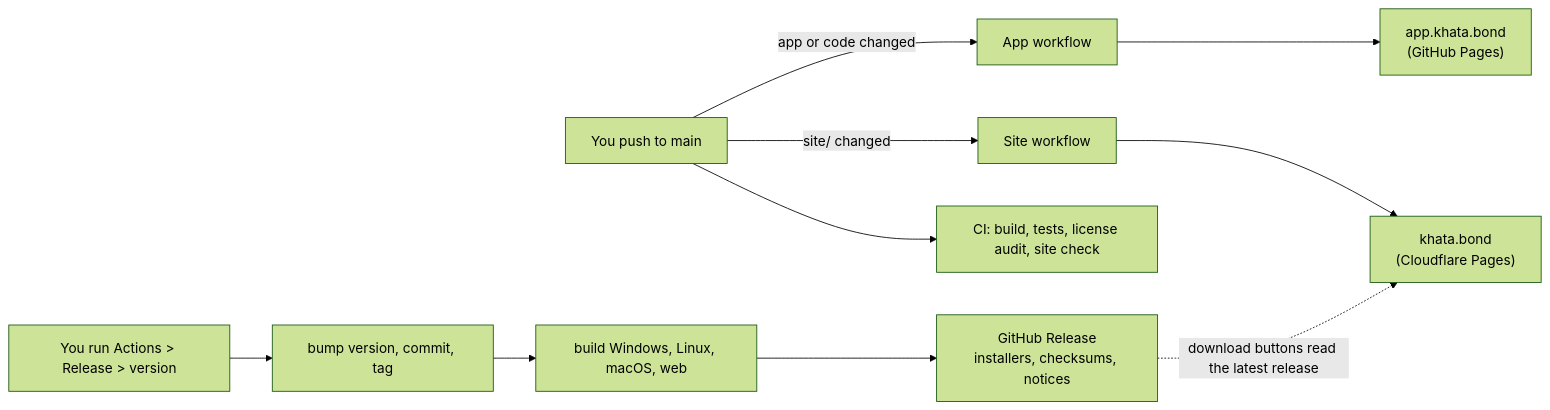
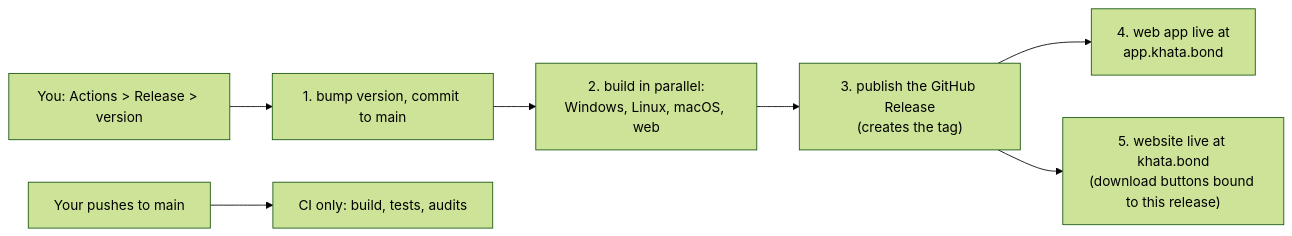
One commit to nhprince/khata changed the diagram in docs/maintenance.md. Above: the diagram before and after it, drawn with Mermaid (forest theme). The commit also changed other lines of this file and 12 other files, not shown here.

````diff
--- a/docs/maintenance.md
+++ b/docs/maintenance.md
@@ -5,9 +6,9 @@
 ```mermaid
 flowchart LR
-  push["You push to main"] --> ci["CI: build, tests, license audit, site check"]
-  push -->|"site/ changed"| landing["Site workflow"] --> cf["khata.bond<br/>(Cloudflare Pages)"]
-  push -->|"app or code changed"| app["App workflow"] --> gh["app.khata.bond<br/>(GitHub Pages)"]
-  rel["You run Actions > Release > version"] --> bump["bump version, commit, tag"]
-  bump --> build["build Windows, Linux, macOS, web"] --> pub["GitHub Release<br/>installers, checksums, notices"]
-  pub -. "download buttons read the latest release" .-> cf
+  you["You: Actions > Release > version"] --> prep["1. bump version, commit to main"]
+  prep --> build["2. build in parallel:<br/>Windows, Linux, macOS, web"]
+  build --> rel["3. publish the GitHub Release<br/>(creates the tag)"]
+  rel --> app["4. web app live at<br/>app.khata.bond"]
+  rel --> site["5. website live at khata.bond<br/>(download buttons bound to this release)"]
+  push["Your pushes to main"] --> ci["CI only: build, tests, audits"]
 ```
````
